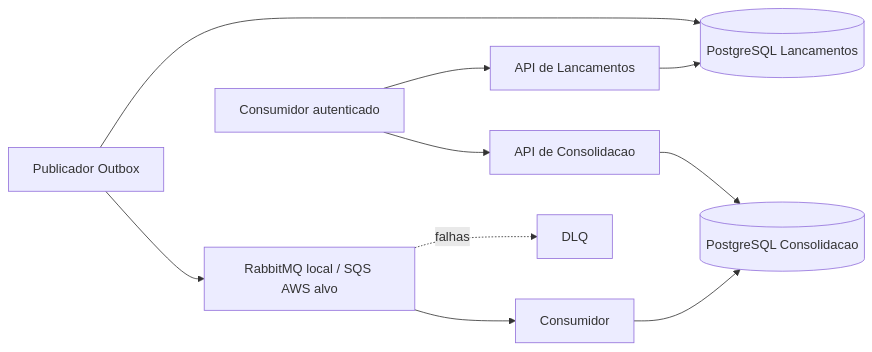
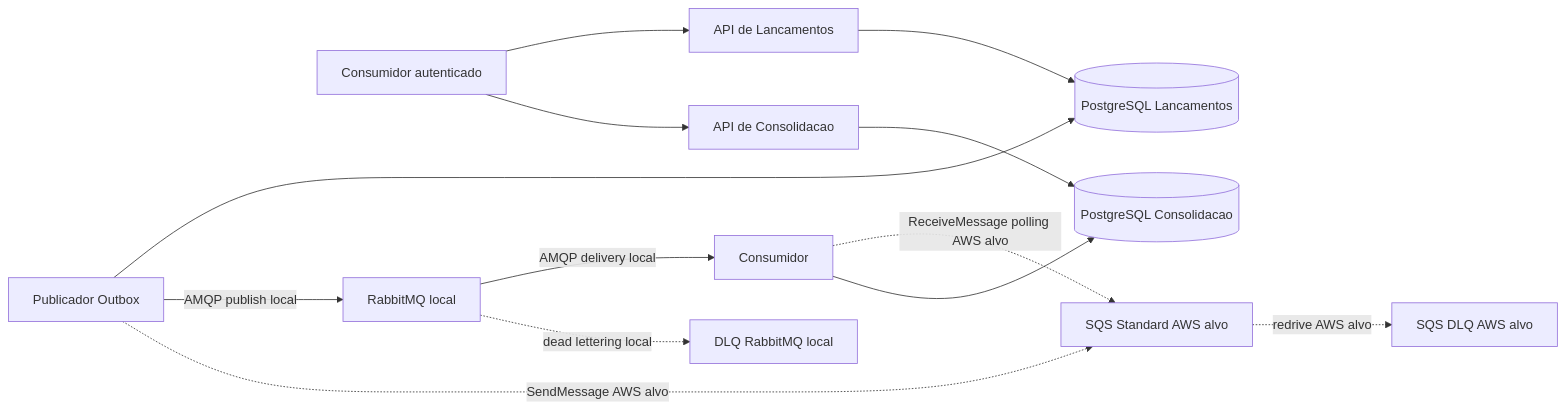
Before and after one commit to ThiagoFerraciolli/cash-flow-architecture: the diagram in docs/03-arquitetura-solucao/das.md, drawn with Mermaid.

Commit message:
docs: distinguir transporte local e alvo AWS no diagrama executivo DAS

````diff
--- a/docs/03-arquitetura-solucao/das.md
+++ b/docs/03-arquitetura-solucao/das.md
@@ -21,12 +21,15 @@
 ```mermaid
 flowchart LR
     U[Consumidor autenticado] --> TA[API de Lancamentos]
     TA --> TDB[(PostgreSQL Lancamentos)]
     TW[Publicador Outbox] --> TDB
-    TW --> Q[RabbitMQ local / SQS AWS alvo]
-    Q --> CW[Consumidor]
+    TW -->|AMQP publish local| RQ[RabbitMQ local]
+    RQ -->|AMQP delivery local| CW[Consumidor]
+    TW -. "SendMessage AWS alvo" .-> SQ["SQS Standard AWS alvo"]
+    CW -. "ReceiveMessage polling AWS alvo" .-> SQ
     CW --> CDB[(PostgreSQL Consolidacao)]
     U --> CA[API de Consolidacao]
     CA --> CDB
-    Q -. falhas .-> D[DLQ]
+    RQ -. "dead lettering local" .-> RD["DLQ RabbitMQ local"]
+    SQ -. "redrive AWS alvo" .-> SD["SQS DLQ AWS alvo"]
 ```
````
